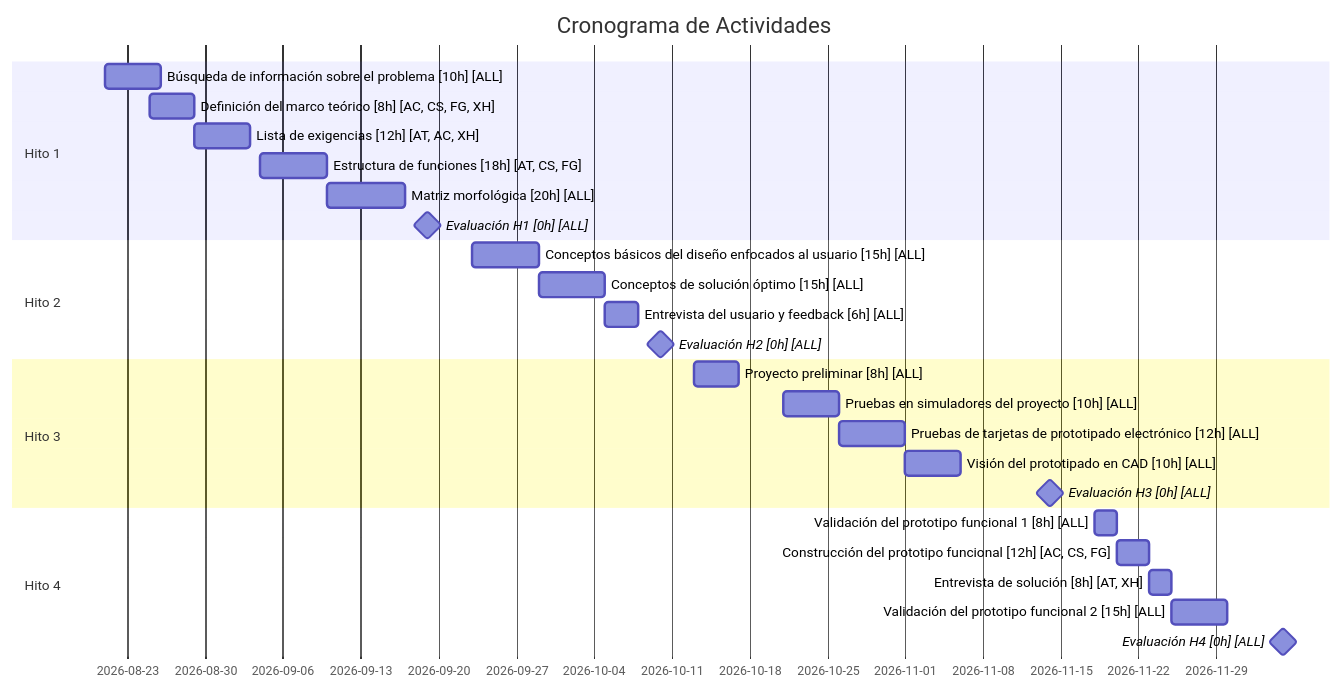
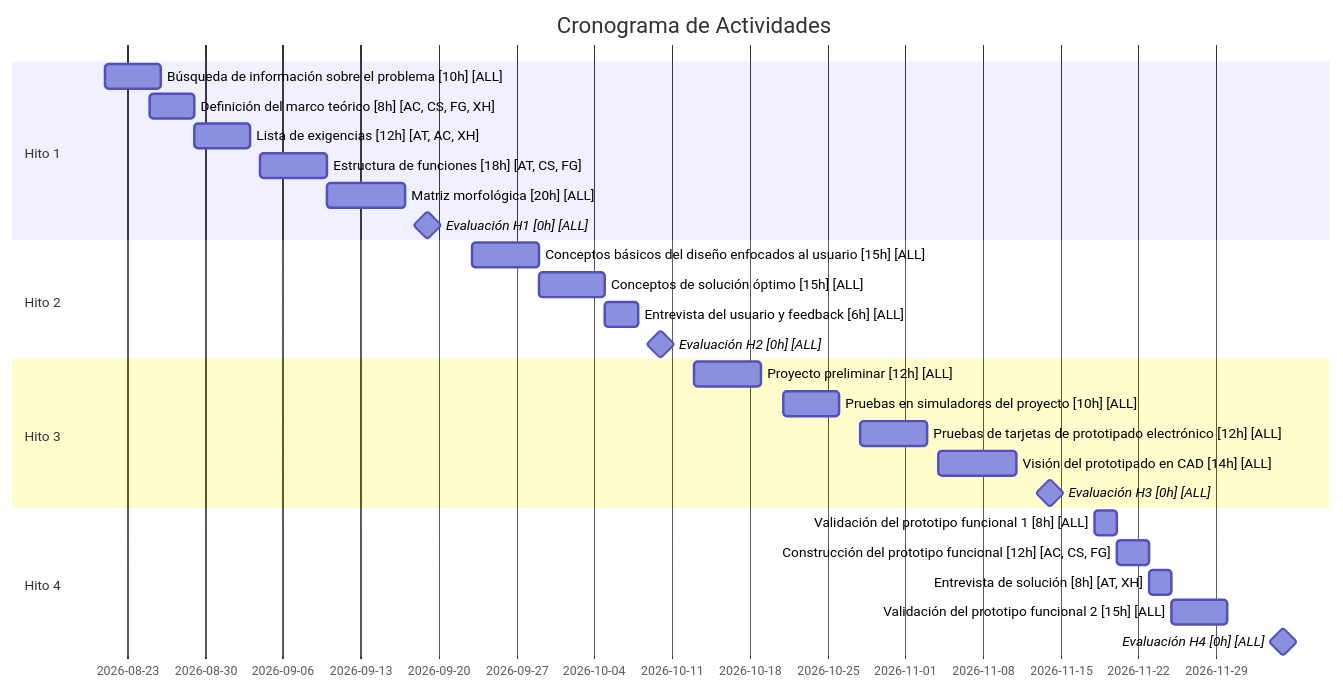
Before and after one commit to adriiit/PBDI_G1: the diagram in Hito 1/gantt_.md, drawn with Mermaid.

````diff
--- a/Hito 1/gantt_.md
+++ b/Hito 1/gantt_.md
@@ -2,33 +2,33 @@
 ```mermaid
 gantt
     dateFormat  YYYY-MM-DD
     title Cronograma de Actividades
 
     section Hito 1
     Búsqueda de información sobre el problema [10h] [ALL]      :a1, 2026-08-21, 5d
     Definición del marco teórico [8h] [AC, CS, FG, XH]                    :a2, 2026-08-25, 4d
     Lista de exigencias [12h] [AT, AC, XH]                            :a3, 2026-08-29, 5d
     Estructura de funciones [18h] [AT, CS, FG]                        :a4, 2026-09-4, 6d
     Matriz morfológica [20h] [ALL]                            :a5, after a4, 7d
     Evaluación H1 [0h] [ALL]                                   :milestone, h1, 2026-09-19, 0d
 
     section Hito 2
     Conceptos básicos del diseño enfocados al usuario [15h] [ALL] :b1, 2026-09-23, 6d
     Conceptos de solución óptimo [15h] [ALL]                   :b2, after b1, 6d
     Entrevista del usuario y feedback [6h] [ALL]             :b3, after b2, 3d
     Evaluación H2 [0h] [ALL]                                   :milestone, h2, 2026-10-10, 0d
 
     section Hito 3
-    Proyecto preliminar [8h] [ALL]                             :b4, 2026-10-13, 4d
-    Pruebas en simuladores del proyecto [10h] [ALL]           :c1, 2026-10-21, 5d
-    Pruebas de tarjetas de prototipado electrónico [12h] [ALL] :c2, after c1, 6d
-    Visión del prototipado en CAD [10h] [ALL]                  :c3, after c2, 5d
+    Proyecto preliminar [12h] [ALL]                             :c1, 2026-10-13, 6d
+    Pruebas en simuladores del proyecto [10h] [ALL]           :c2, 2026-10-21, 5d
+    Pruebas de tarjetas de prototipado electrónico [12h] [ALL] :c3, 2026-10-28, 6d
+    Visión del prototipado en CAD [14h] [ALL]                  :c4, 2026-11-04, 7d
     Evaluación H3 [0h] [ALL]                                   :milestone, h3, 2026-11-14, 0d
 
     section Hito 4
     Validación del prototipo funcional 1 [8h] [ALL]            :d1, 2026-11-18, 2d
     Construcción del prototipo funcional [12h] [AC, CS, FG]           :d2, after d1, 3d
     Entrevista de solución [8h] [AT, XH]                          :d3, after d2, 2d
     Validación del prototipo funcional 2 [15h] [ALL]           :d4, after d3, 5d
     Evaluación H4 [0h] [ALL]                                   :milestone, h4, 2026-12-05, 0d
 ```
````
